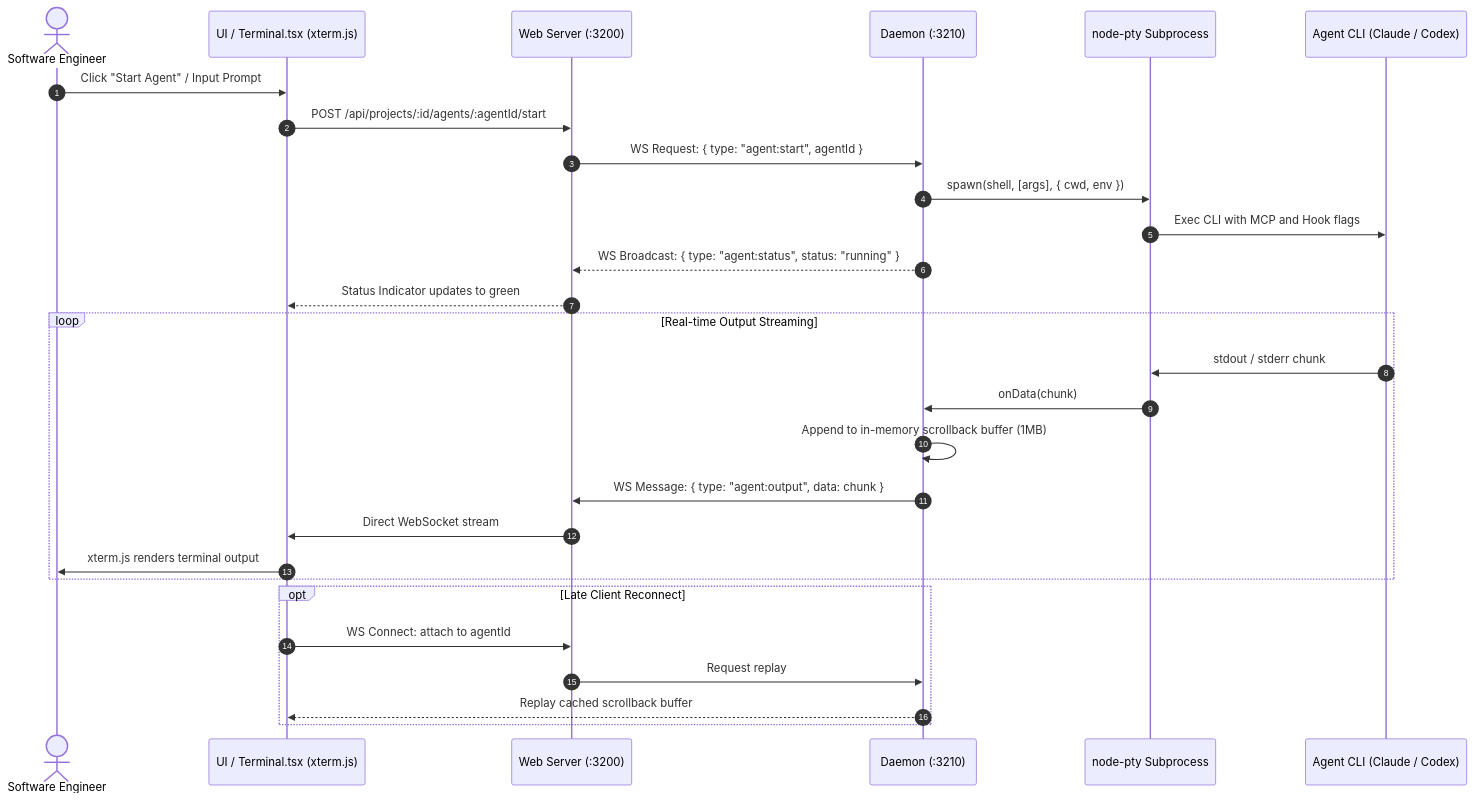
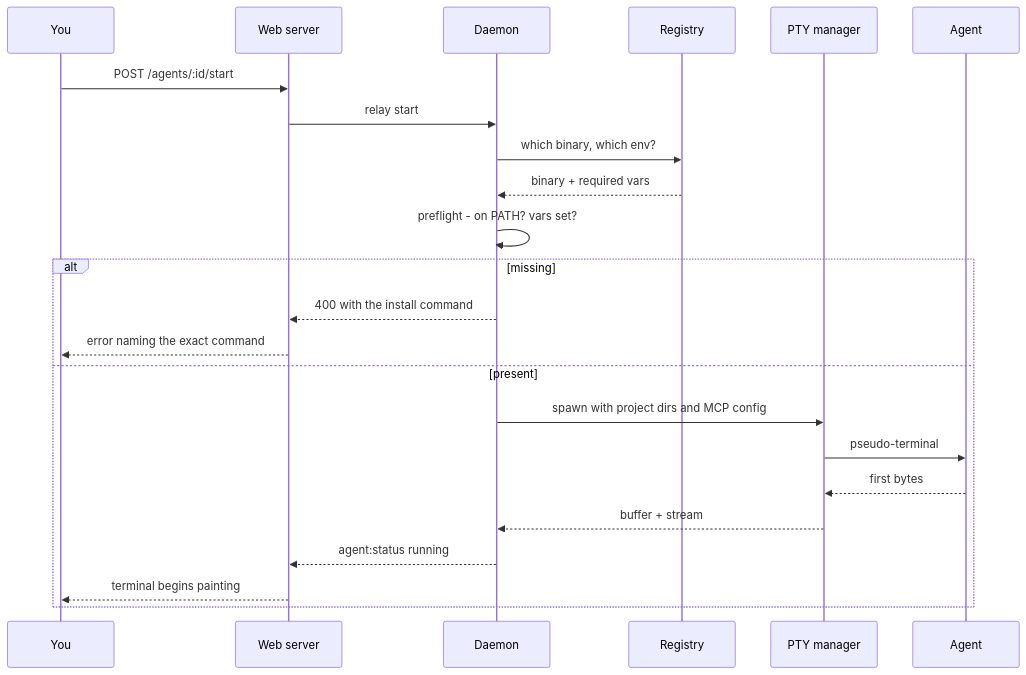
Before and after one commit to devprashant19/Conduit: the fifth of 12 diagrams in ARCHITECTURE.md, drawn with Mermaid. The commit also changed other lines of this file and 2 other files, not shown here.

First line of the commit message:
docs: restructure architecture documentation around flow diagrams

````diff
--- a/ARCHITECTURE.md
+++ b/ARCHITECTURE.md
@@ -77,33 +250,26 @@
 ```mermaid
 sequenceDiagram
-    autonumber
-    actor Dev as Software Engineer
-    participant WebUI as UI / Terminal.tsx (xterm.js)
-    participant Hub as Web Server (:3200)
-    participant Daemon as Daemon (:3210)
-    participant PTY as node-pty Subprocess
-    participant Shell as Agent CLI (Claude / Codex)
+    participant U as You
+    participant W as Web server
+    participant D as Daemon
+    participant R as Registry
+    participant P as PTY manager
+    participant A as Agent
 
-    Dev->>WebUI: Click "Start Agent" / Input Prompt
-    WebUI->>Hub: POST /api/projects/:id/agents/:agentId/start
-    Hub->>Daemon: WS Request: { type: "agent:start", agentId }
-    Daemon->>PTY: spawn(shell, [args], { cwd, env })
-    PTY->>Shell: Exec CLI with MCP and Hook flags
-    Daemon-->>Hub: WS Broadcast: { type: "agent:status", status: "running" }
-    Hub-->>WebUI: Status Indicator updates to green
-
-    loop Real-time Output Streaming
-        Shell->>PTY: stdout / stderr chunk
-        PTY->>Daemon: onData(chunk)
-        Daemon->>Daemon: Append to in-memory scrollback buffer (1MB)
-        Daemon->>Hub: WS Message: { type: "agent:output", data: chunk }
-        Hub->>WebUI: Direct WebSocket stream
-        WebUI->>Dev: xterm.js renders terminal output
-    end
-
-    opt Late Client Reconnect
-        WebUI->>Hub: WS Connect: attach to agentId
-        Hub->>Daemon: Request replay
-        Daemon-->>WebUI: Replay cached scrollback buffer
+    U->>W: POST /agents/:id/start
+    W->>D: relay start
+    D->>R: which binary, which env?
+    R-->>D: binary + required vars
+    D->>D: preflight - on PATH? vars set?
+    alt missing
+        D-->>W: 400 with the install command
+        W-->>U: error naming the exact command
+    else present
+        D->>P: spawn with project dirs and MCP config
+        P->>A: pseudo-terminal
+        A-->>P: first bytes
+        P-->>D: buffer + stream
+        D-->>W: agent:status running
+        W-->>U: terminal begins painting
     end
 ```
````
